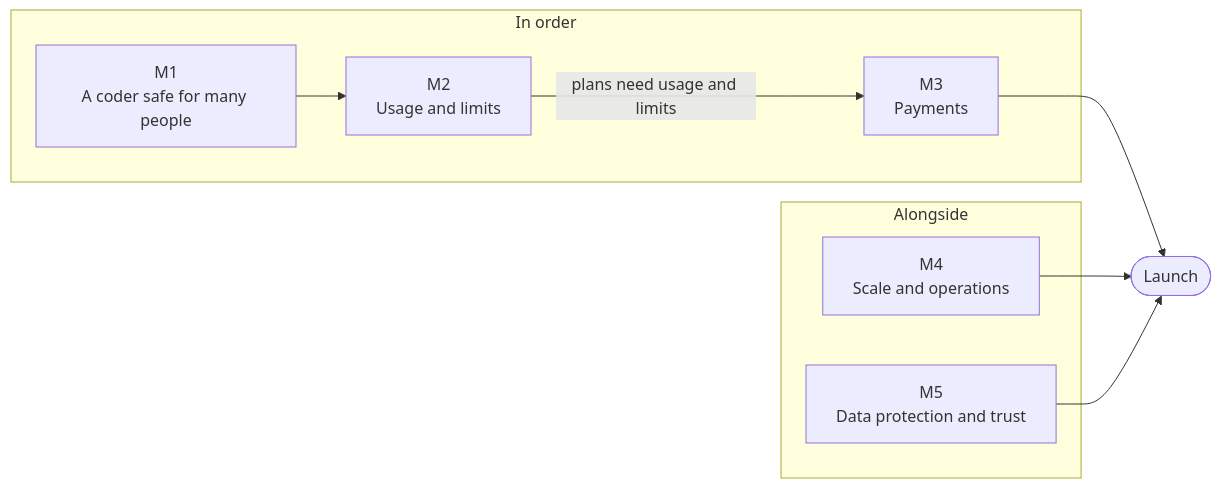
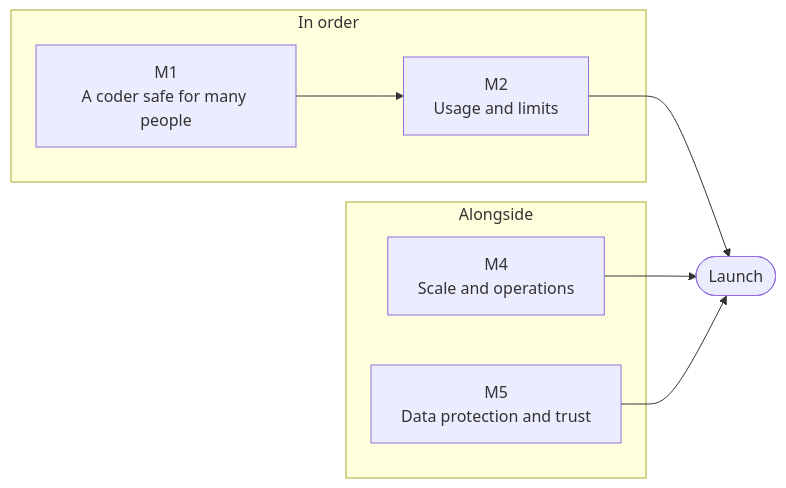
One commit to marcjazz/another-agentic-system changed the diagram in ROADMAP.md. Above: the diagram before and after it, drawn with Mermaid. The commit also changed other lines of this file and 2 other files, not shown here.

First line of the commit message:
docs: payments, pricing and the market plan leave the public roadmap (#327)

````diff
--- a/ROADMAP.md
+++ b/ROADMAP.md
@@ -80,14 +82,13 @@
 ```mermaid
 flowchart LR
   subgraph chain["In order"]
     M1["M1<br/>A coder safe for many people"] --> M2["M2<br/>Usage and limits"]
-    M2 -->|"plans need usage and limits"| M3["M3<br/>Payments"]
   end
   subgraph alongside["Alongside"]
     M4["M4<br/>Scale and operations"]
     M5["M5<br/>Data protection and trust"]
   end
-  M3 --> L(["Launch"])
+  M2 --> L(["Launch"])
   M4 --> L
   M5 --> L
 ```
````
